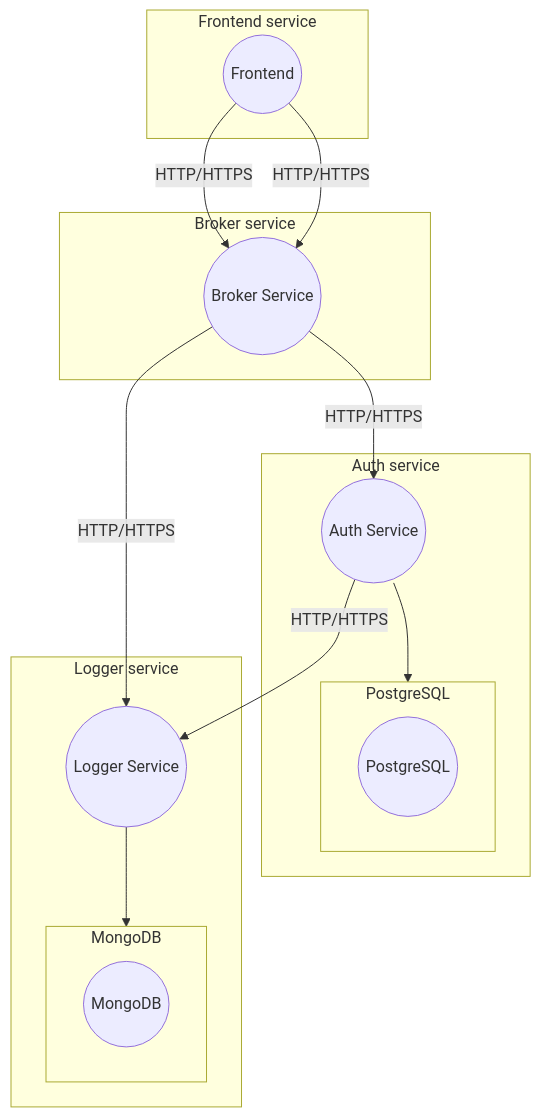
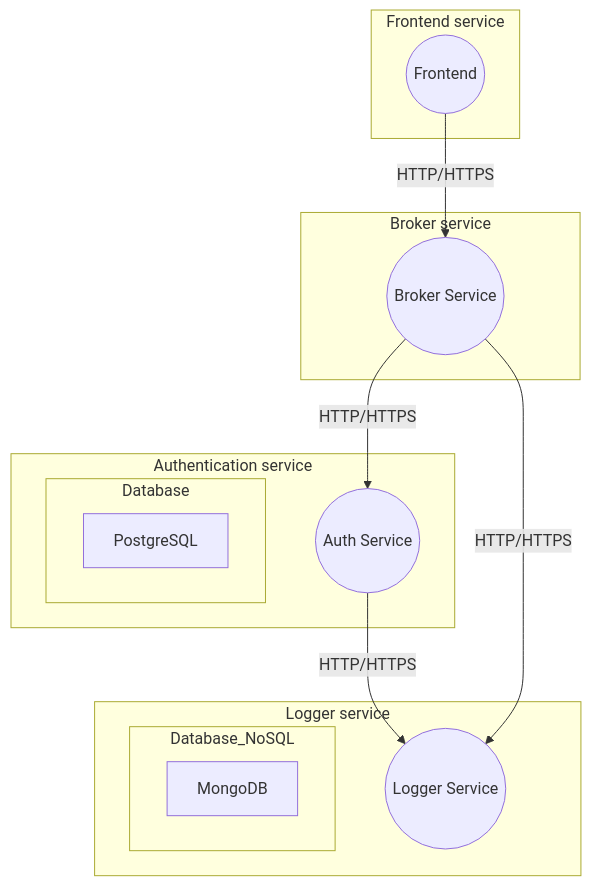
The diagram in readme.md (konstantin-evo/microservices-in-go), drawn with Mermaid before and after one commit. The commit also changed other lines of this file and 2 other files, not shown here.

First line of the commit message:
Refactor logger service:

````diff
--- a/readme.md
+++ b/readme.md
@@ -18,34 +18,33 @@
 ```mermaid
 graph TD
     subgraph Frontend service
         Frontend((Frontend))
     end
 
     subgraph Broker service
         Broker((Broker Service))
-        Frontend -- HTTP/HTTPS --> Broker
     end
 
-    subgraph Auth service
+    subgraph Authentication service
         Auth((Auth Service))
-        Auth --> PostgreSQL
+        Database
     end
 
     subgraph Logger service
         Logger((Logger Service))
-        Auth  -- HTTP/HTTPS --> Logger
-        Logger --> MongoDB
+        Database_NoSQL
     end
 
-    subgraph PostgreSQL
-        PostgreSQL_Server((PostgreSQL))
+    subgraph Database
+        PostgreSQL
     end
 
-    subgraph MongoDB
-        MongoDB_Server((MongoDB))
+    subgraph Database_NoSQL
+        MongoDB
     end
 
     Frontend -- HTTP/HTTPS --> Broker
-    Broker  -- HTTP/HTTPS --> Auth
-    Broker  -- HTTP/HTTPS --> Logger
+    Auth -- HTTP/HTTPS --> Logger
+    Broker -- HTTP/HTTPS --> Auth
+    Broker -- HTTP/HTTPS --> Logger
 ```
````
